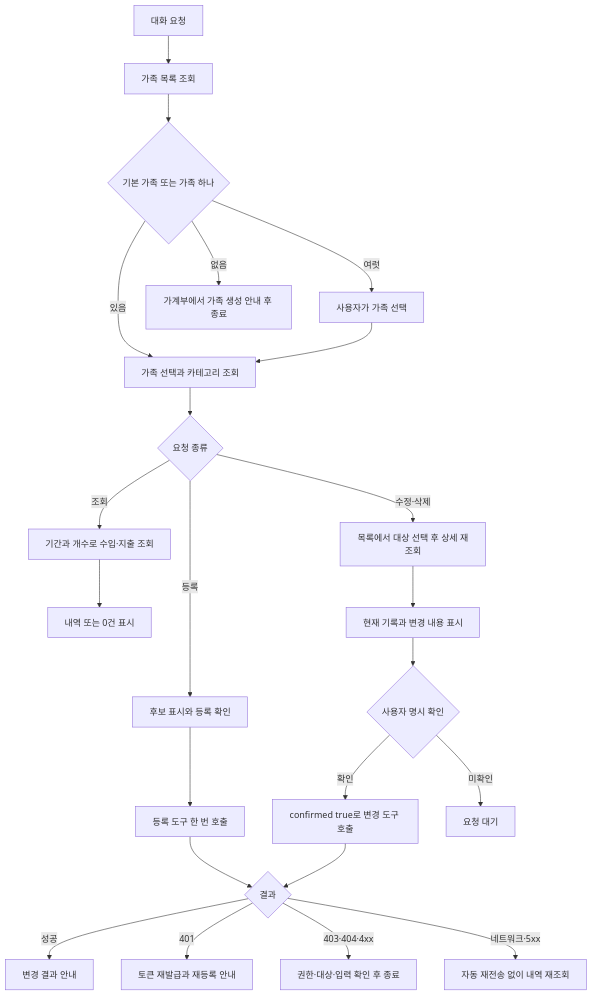
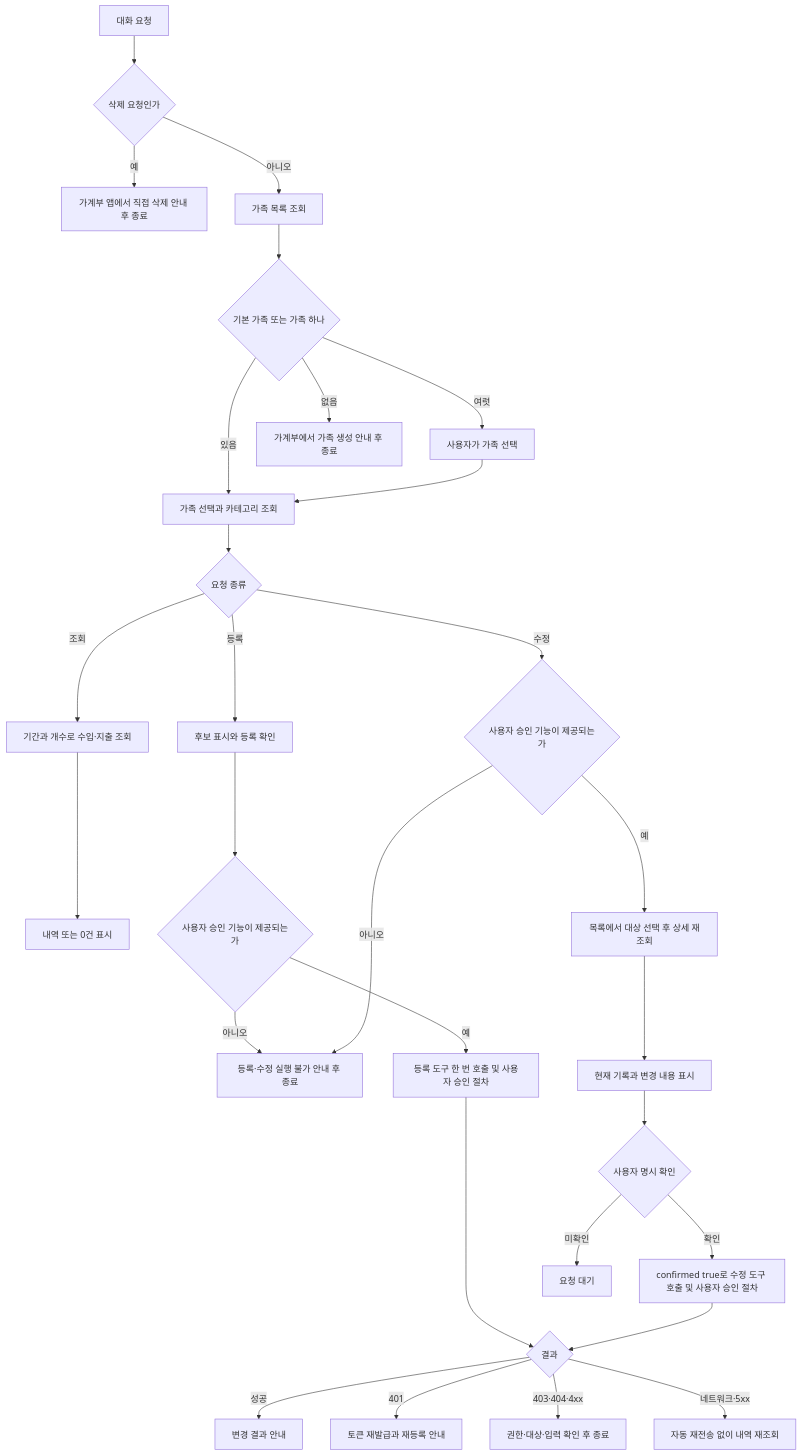
Before and after one commit to jon890/fos-agents: the second of 2 diagrams in accountbook/docs/flow.md, drawn with Mermaid. The commit also changed other lines of this file and 6 other files, not shown here.

````diff
--- a/accountbook/docs/flow.md
+++ b/accountbook/docs/flow.md
@@ -80,25 +82,31 @@
 ```mermaid
 flowchart TD
-  A[대화 요청] --> B[가족 목록 조회]
+  A[대화 요청] --> V{삭제 요청인가}
+  V -->|예| W[가계부 앱에서 직접 삭제 안내 후 종료]
+  V -->|아니오| B[가족 목록 조회]
   B --> C{기본 가족 또는 가족 하나}
   C -->|있음| D[가족 선택과 카테고리 조회]
   C -->|여럿| E[사용자가 가족 선택]
   E --> D
   C -->|없음| F[가계부에서 가족 생성 안내 후 종료]
   D --> G{요청 종류}
   G -->|조회| H[기간과 개수로 수입·지출 조회]
   H --> I[내역 또는 0건 표시]
   G -->|등록| J[후보 표시와 등록 확인]
-  J --> K[등록 도구 한 번 호출]
-  G -->|수정·삭제| L[목록에서 대상 선택 후 상세 재조회]
+  J --> X{사용자 승인 기능이 제공되는가}
+  X -->|아니오| Y[등록·수정 실행 불가 안내 후 종료]
+  X -->|예| K[등록 도구 한 번 호출 및 사용자 승인 절차]
+  G -->|수정| Z{사용자 승인 기능이 제공되는가}
+  Z -->|아니오| Y
+  Z -->|예| L[목록에서 대상 선택 후 상세 재조회]
   L --> M[현재 기록과 변경 내용 표시]
   M --> N{사용자 명시 확인}
-  N -->|확인| O[confirmed true로 변경 도구 호출]
+  N -->|확인| O[confirmed true로 수정 도구 호출 및 사용자 승인 절차]
   N -->|미확인| P[요청 대기]
   K --> Q{결과}
   O --> Q
   Q -->|성공| R[변경 결과 안내]
   Q -->|401| S[토큰 재발급과 재등록 안내]
   Q -->|403·404·4xx| T[권한·대상·입력 확인 후 종료]
   Q -->|네트워크·5xx| U[자동 재전송 없이 내역 재조회]
 ```
````
